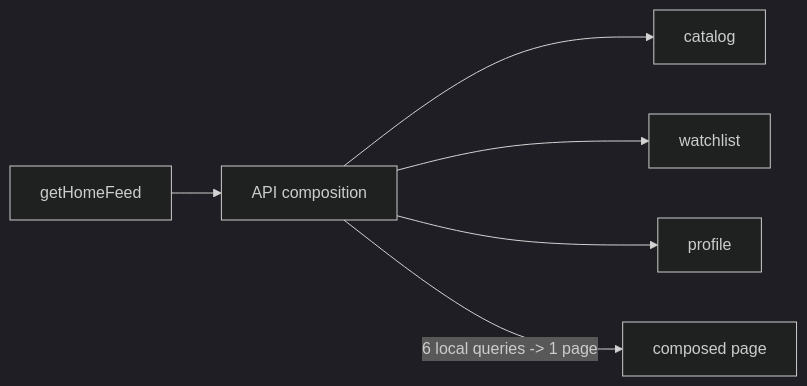
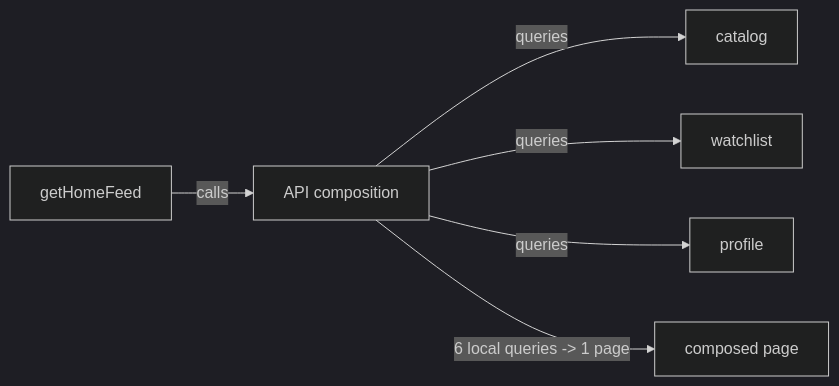
One commit to vinayakuber/microservices-io-study-guide changed diagram 13 of 14 in docs/ch02-microservice-architecture.md. Above: the diagram before and after it, drawn with Mermaid (dark theme). The commit also changed other lines of this file and 71 other files, not shown here.

First line of the commit message:
R18: label every diagram arrow with its meaning

````diff
--- a/docs/ch02-microservice-architecture.md
+++ b/docs/ch02-microservice-architecture.md
@@ -453,8 +453,8 @@
 ```mermaid
 flowchart LR
-  Q["getHomeFeed"] --> API["API composition"]
-  API --> S1["catalog"]
-  API --> S2["watchlist"]
-  API --> S3["profile"]
+  Q["getHomeFeed"] -->|"calls"| API["API composition"]
+  API -->|"queries"| S1["catalog"]
+  API -->|"queries"| S2["watchlist"]
+  API -->|"queries"| S3["profile"]
   API -->|"6 local queries -> 1 page"| P["composed page"]
 ```
````
